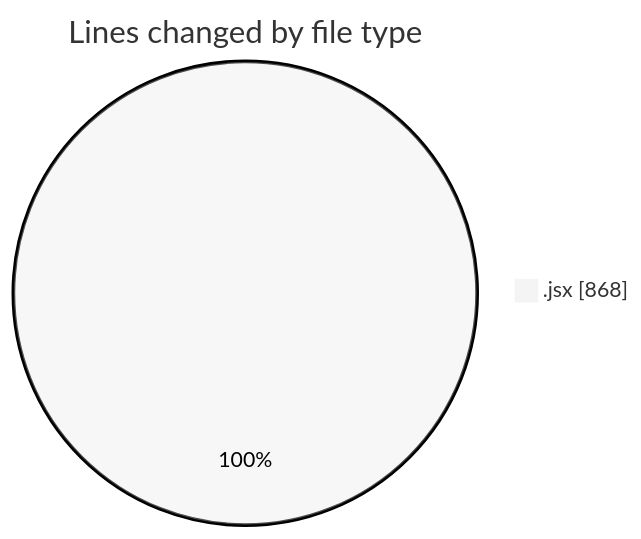
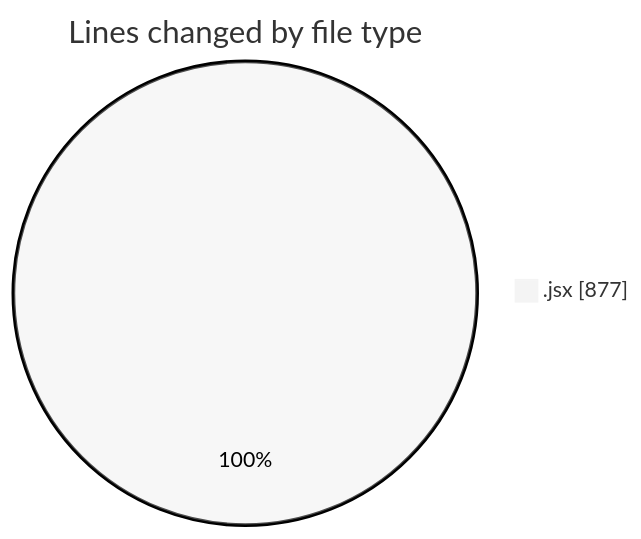
The first of 2 diagrams in 2025-06-03/nxtqube_webapp/README.md (nxtqubesakshisongat/code-tracking), drawn with Mermaid (neutral theme) before and after one commit. The commit also changed other lines of this file and 1 other file, not shown here.

````diff
--- a/2025-06-03/nxtqube_webapp/README.md
+++ b/2025-06-03/nxtqube_webapp/README.md
@@ -20,5 +20,5 @@
 ```mermaid
 pie showData
 title Lines changed by file type
-".jsx" : 868
+".jsx" : 877
 ```
````
